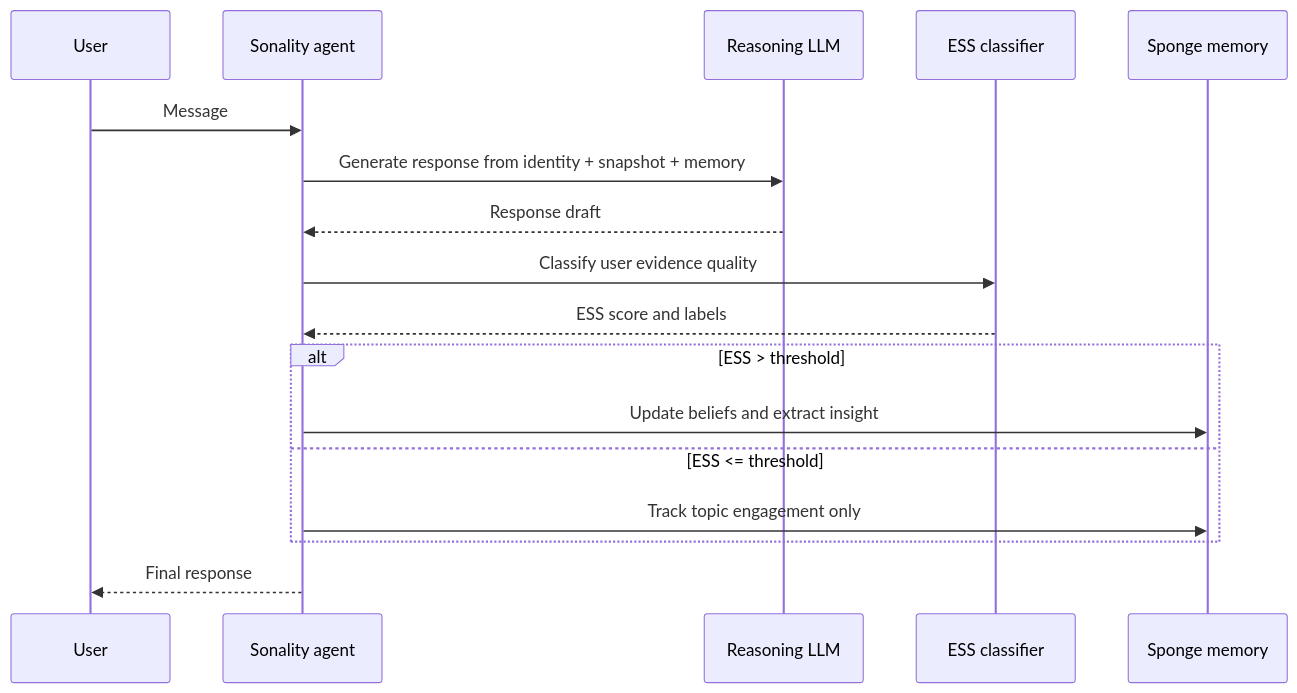
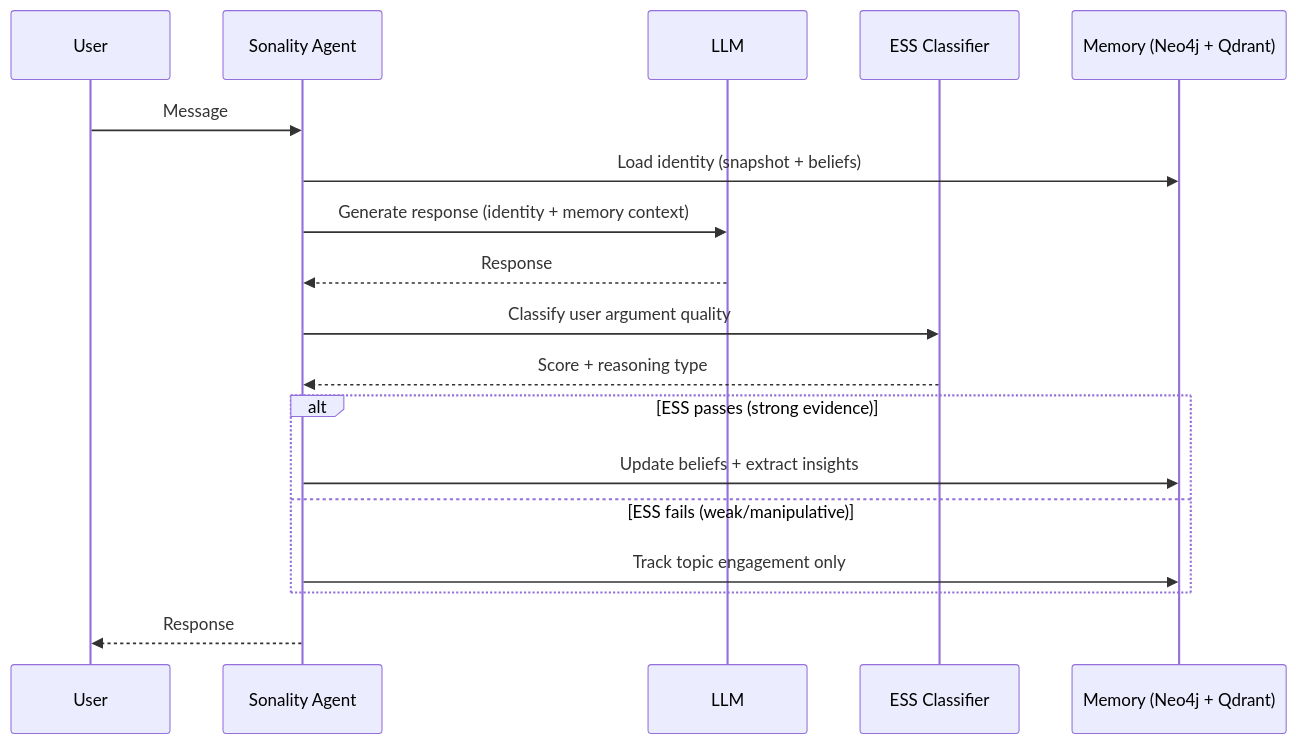
One commit to Okm165/Sonality changed the second of 2 diagrams in README.md. Above: the diagram before and after it, drawn with Mermaid. The commit also changed other lines of this file and 1 other file, not shown here.

Commit message:
Rebrand docs site config and rewrite README Rename site to Sonality, update URL, switch palette to indigo/cyan, restructure navigation. Rewrite README for multi-agent architecture, three quick start modes, technical contributions, research foundations.

````diff
--- a/README.md
+++ b/README.md
@@ -75,20 +45,21 @@
 ```mermaid
 sequenceDiagram
     participant U as User
-    participant A as Sonality agent
-    participant L as Reasoning LLM
-    participant E as ESS classifier
-    participant M as Sponge memory
+    participant A as Sonality Agent
+    participant L as LLM
+    participant E as ESS Classifier
+    participant M as Memory (Neo4j + Qdrant)
 
     U->>A: Message
-    A->>L: Generate response from identity + snapshot + memory
-    L-->>A: Response draft
-    A->>E: Classify user evidence quality
-    E-->>A: ESS score and labels
-    alt ESS > threshold
-        A->>M: Update beliefs and extract insight
-    else ESS <= threshold
+    A->>M: Load identity (snapshot + beliefs)
+    A->>L: Generate response (identity + memory context)
+    L-->>A: Response
+    A->>E: Classify user argument quality
+    E-->>A: Score + reasoning type
+    alt ESS passes (strong evidence)
+        A->>M: Update beliefs + extract insights
+    else ESS fails (weak/manipulative)
         A->>M: Track topic engagement only
     end
-    A-->>U: Final response
+    A-->>U: Response
 ```
````
